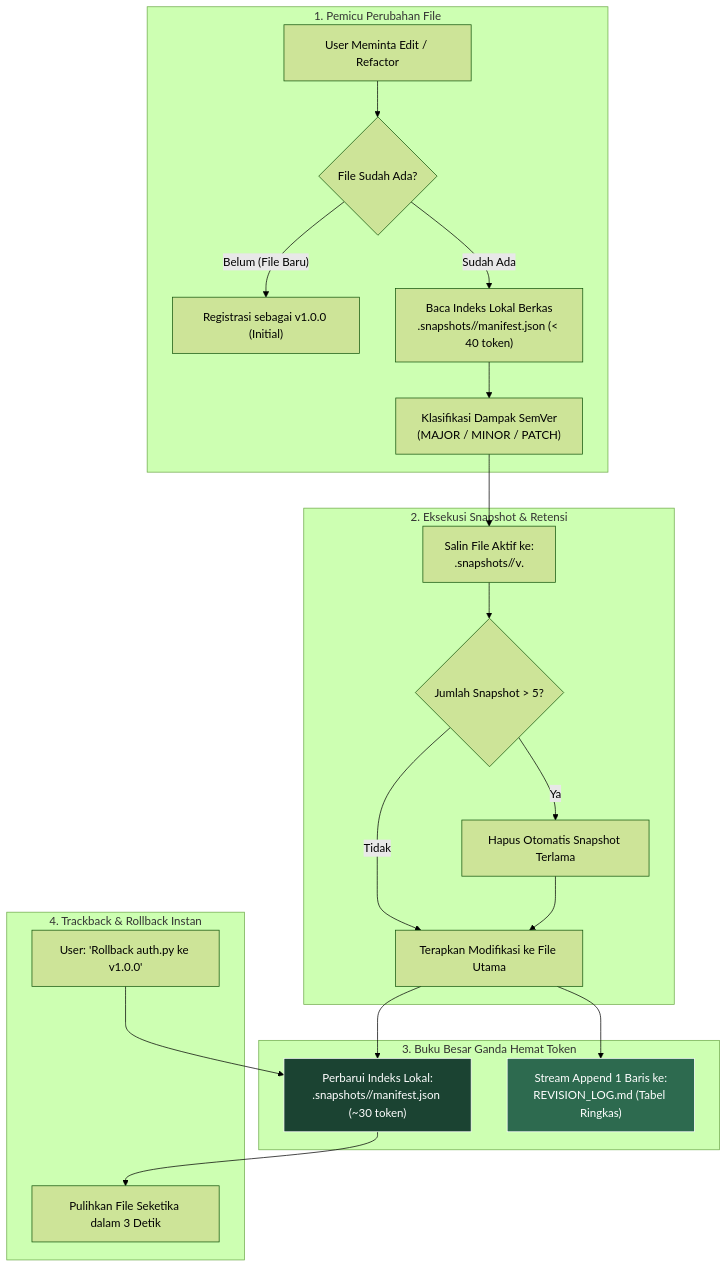
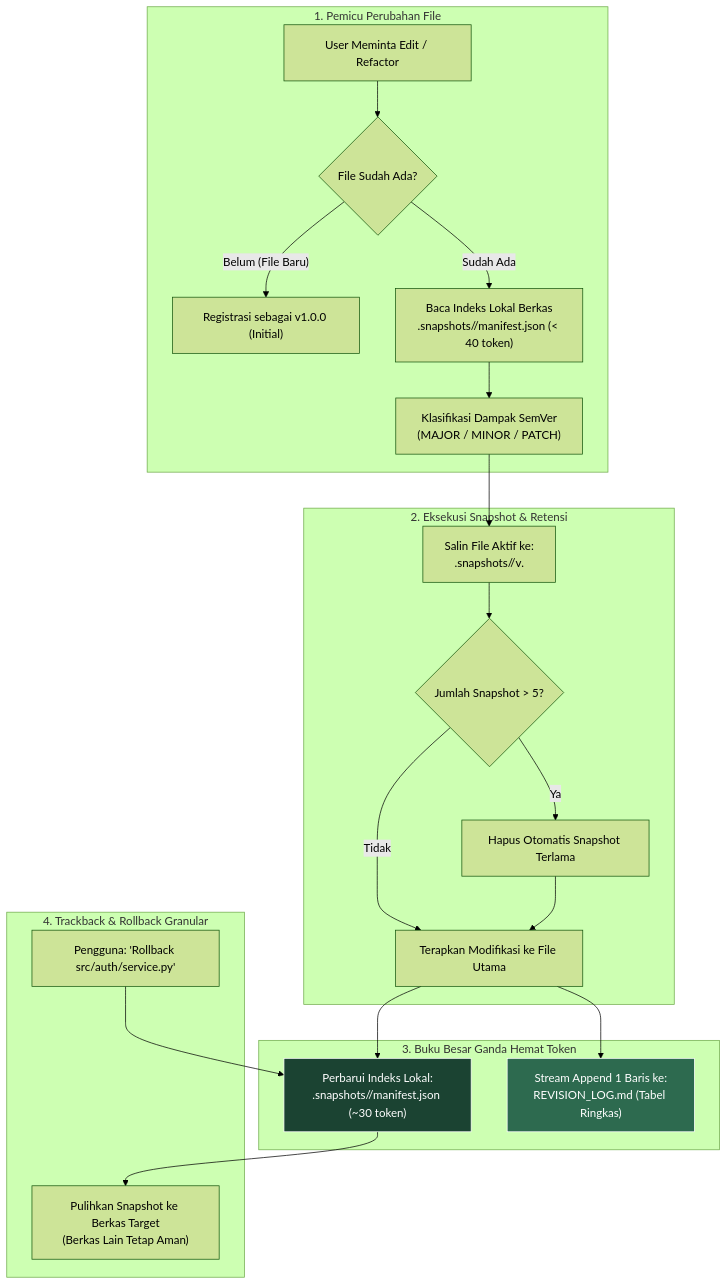
The first of 3 diagrams in README.id.md (ainullm/agent-checkpoint), drawn with Mermaid (forest theme) before and after one commit. The commit also changed other lines of this file and 1 other file, not shown here.

Commit message:
docs: add selective rollback visual comparison diagram and update architecture nodes

````diff
--- a/README.id.md
+++ b/README.id.md
@@ -54,30 +54,30 @@
 ```mermaid
 flowchart TD
     subgraph Trigger ["1. Pemicu Perubahan File"]
         A["User Meminta Edit / Refactor"] --> B{"File Sudah Ada?"}
         B -->|"Belum (File Baru)"| C["Registrasi sebagai v1.0.0 (Initial)"]
         B -->|"Sudah Ada"| D["Baca Indeks Lokal Berkas\n.snapshots/<filepath>/manifest.json (< 40 token)"]
         D --> E["Klasifikasi Dampak SemVer\n(MAJOR / MINOR / PATCH)"]
     end
 
     subgraph CoreEngine ["2. Eksekusi Snapshot & Retensi"]
         E --> F["Salin File Aktif ke:\n.snapshots/<filepath>/v<OLD_VERSION>.<ext>"]
         F --> G{"Jumlah Snapshot > 5?"}
         G -->|"Ya"| H["Hapus Otomatis Snapshot Terlama"]
         G -->|"Tidak"| I["Terapkan Modifikasi ke File Utama"]
         H --> I
     end
 
     subgraph DualLedger ["3. Buku Besar Ganda Hemat Token"]
         I --> J["Perbarui Indeks Lokal:\n.snapshots/<filepath>/manifest.json (~30 token)"]
         I --> K["Stream Append 1 Baris ke:\nREVISION_LOG.md (Tabel Ringkas)"]
     end
 
-    subgraph Retrieval ["4. Trackback & Rollback Instan"]
-        L["User: 'Rollback auth.py ke v1.0.0'"] --> J
-        J --> M["Pulihkan File Seketika dalam 3 Detik"]
+    subgraph Retrieval ["4. Trackback & Rollback Granular"]
+        L["Pengguna: 'Rollback src/auth/service.py'"] --> J
+        J --> M["Pulihkan Snapshot ke Berkas Target\n(Berkas Lain Tetap Aman)"]
     end
 
     style J fill:#1b4332,color:#fff,stroke:#fff
     style K fill:#2d6a4f,color:#fff,stroke:#fff
 ```
````
